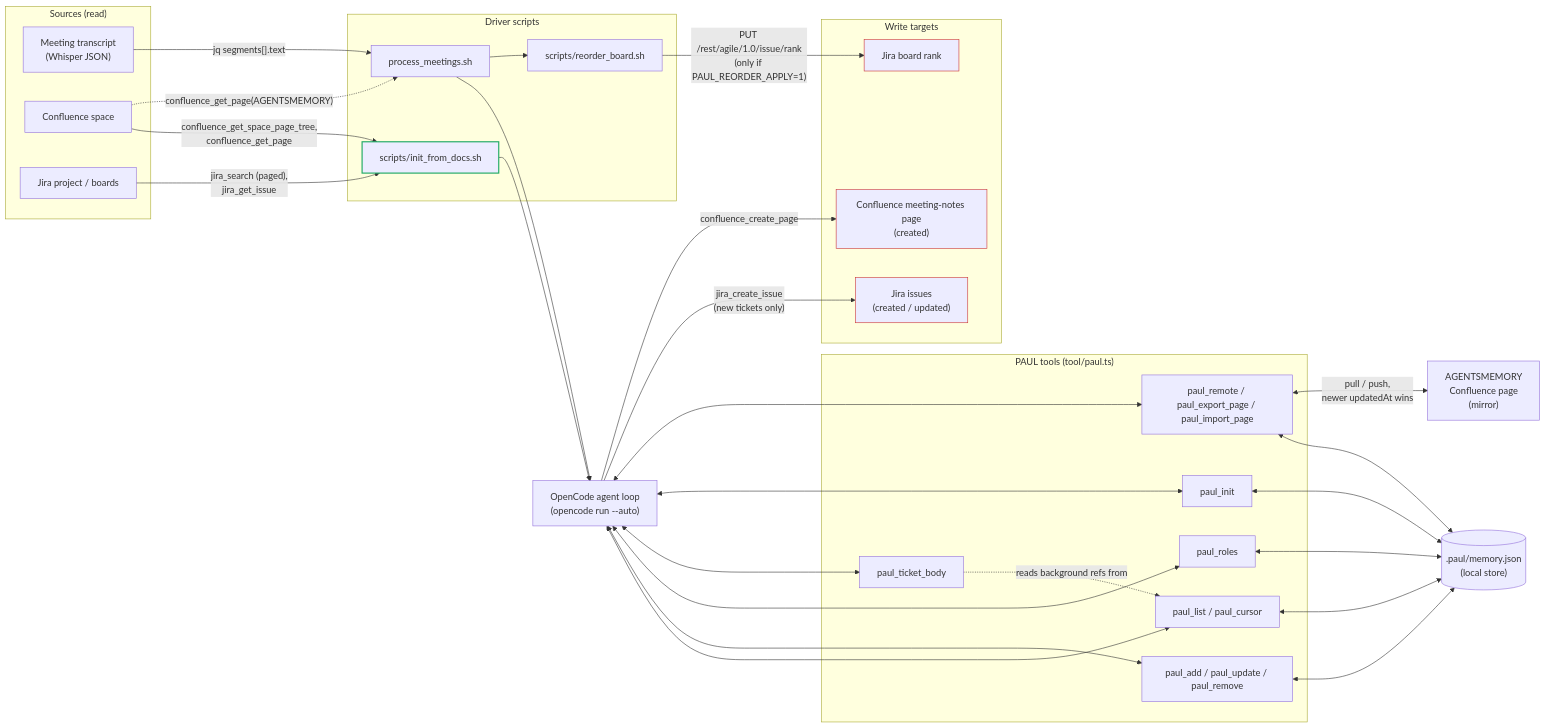
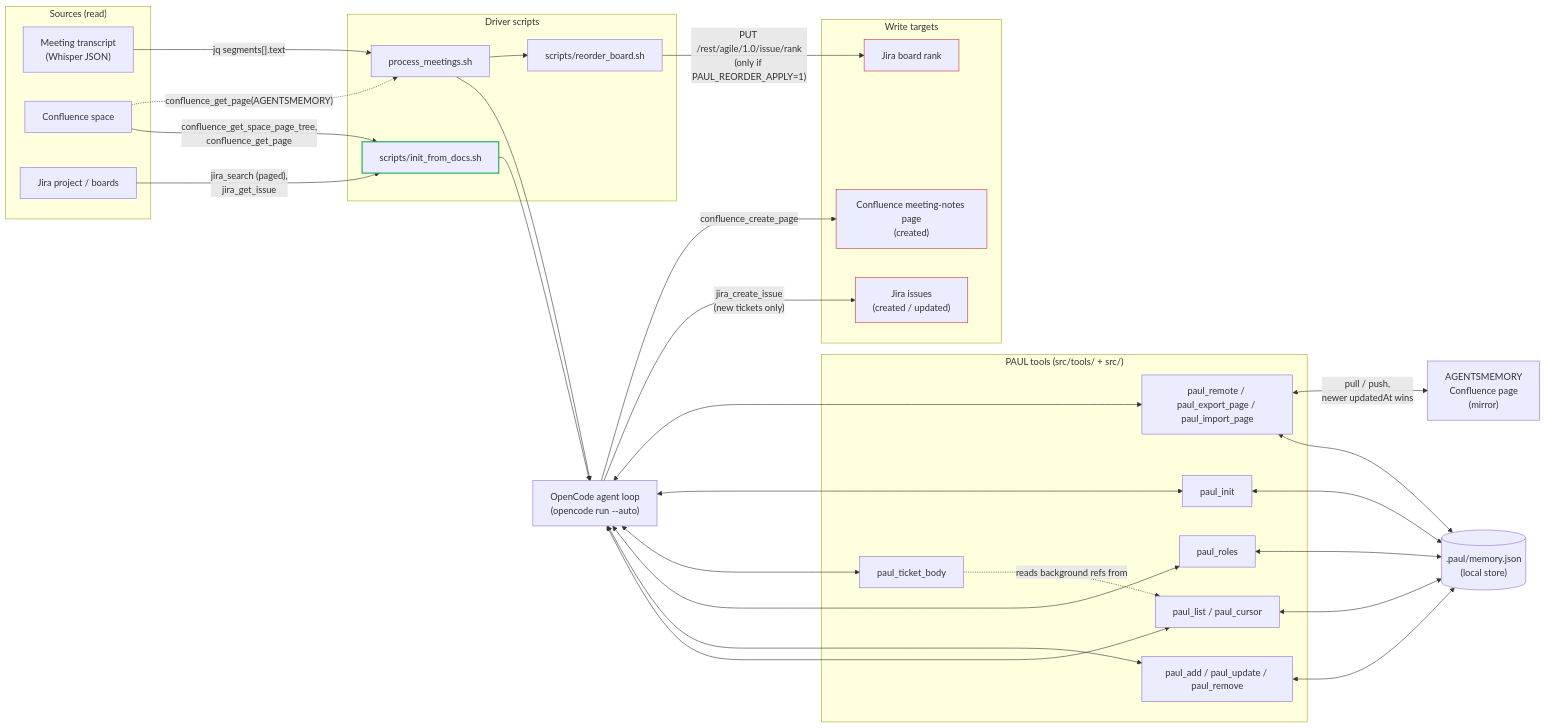
One commit to Barathaner/opencode-paul changed the first of 3 diagrams in docs/ARCHITECTURE.md. Above: the diagram before and after it, drawn with Mermaid. The commit also changed 45 other files, not shown here.

````diff
--- a/docs/ARCHITECTURE.md
+++ b/docs/ARCHITECTURE.md
@@ -56,68 +56,68 @@
 ```mermaid
 flowchart LR
     subgraph Sources["Sources (read)"]
         TR["Meeting transcript\n(Whisper JSON)"]
         CF["Confluence space"]
         JI["Jira project / boards"]
     end
 
     subgraph Drivers["Driver scripts"]
         PM["process_meetings.sh"]
         ID["scripts/init_from_docs.sh"]
         RB["scripts/reorder_board.sh"]
     end
 
     OC["OpenCode agent loop\n(opencode run --auto)"]
 
-    subgraph PAULTools["PAUL tools (tool/paul.ts)"]
+    subgraph PAULTools["PAUL tools (src/tools/ + src/)"]
         LIST["paul_list / paul_cursor"]
         WRITE["paul_add / paul_update / paul_remove"]
         ROLES["paul_roles"]
         TICKET["paul_ticket_body"]
         INIT["paul_init"]
         SYNC["paul_remote / paul_export_page / paul_import_page"]
     end
 
     STORE[(".paul/memory.json\n(local store)")]
     MIRROR["AGENTSMEMORY\nConfluence page\n(mirror)"]
 
     subgraph Targets["Write targets"]
         JT["Jira issues\n(created / updated)"]
         MN["Confluence meeting-notes page\n(created)"]
         RANK["Jira board rank"]
     end
 
     TR -->|"jq segments[].text"| PM
     CF -->|"confluence_get_space_page_tree,\nconfluence_get_page"| ID
     JI -->|"jira_search (paged),\njira_get_issue"| ID
     CF -.->|"confluence_get_page(AGENTSMEMORY)"| PM
 
     PM --> OC
     ID --> OC
 
     OC <--> LIST
     OC <--> WRITE
     OC <--> ROLES
     OC <--> TICKET
     OC <--> INIT
     OC <--> SYNC
 
     LIST <--> STORE
     WRITE <--> STORE
     ROLES <--> STORE
     TICKET -.->|"reads background refs from"| LIST
     INIT <--> STORE
     SYNC <--> STORE
 
     SYNC <-->|"pull / push,\nnewer updatedAt wins"| MIRROR
 
     OC -->|"jira_create_issue\n(new tickets only)"| JT
     OC -->|"confluence_create_page"| MN
     PM --> RB
     RB -->|"PUT /rest/agile/1.0/issue/rank\n(only if PAUL_REORDER_APPLY=1)"| RANK
 
     style ID stroke:#2a6,stroke-width:2px
     style JT stroke:#c33,stroke-width:1px
     style MN stroke:#c33,stroke-width:1px
     style RANK stroke:#c33,stroke-width:1px
 ```
````
